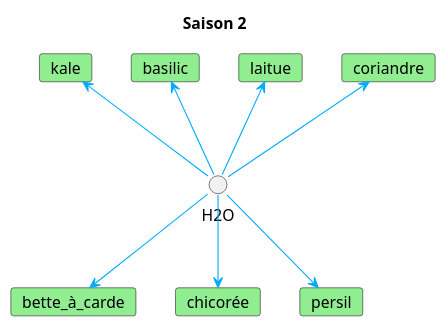
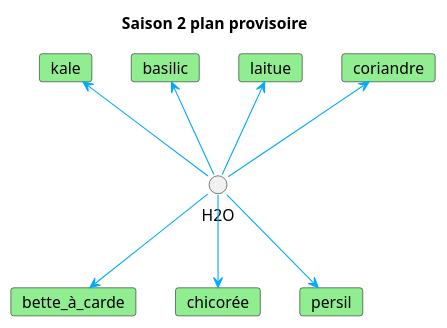
Before and after one commit to jkero/hydroponik: the diagram in source/recolte_s2.rst, drawn with PlantUML. The commit also changed other lines of this file and 25 other files, not shown here.

```diff
--- a/source/recolte_s2.rst
+++ b/source/recolte_s2.rst
@@ -3,22 +3,22 @@
 .. uml::
 
     @startuml
-        title Saison 2
+        title Saison 2 plan provisoire
         skinparam cardBackgroundColor lightgreen
         interface H2O
 
         card laitue
         card kale
         card coriandre
         card basilic
         card bette_à_carde
         card chicorée
         card persil
         H2O -u[#00aaff]-> coriandre
         H2O -u[#00aaff]->laitue
         H2O -u[#00aaff]-> basilic
         H2O -d[#00aaff]-> bette_à_carde
         H2O -d[#00aaff]-> chicorée
         H2O -d[#00aaff]-> persil
         H2O -u[#00aaff]-> kale
        @enduml
```
